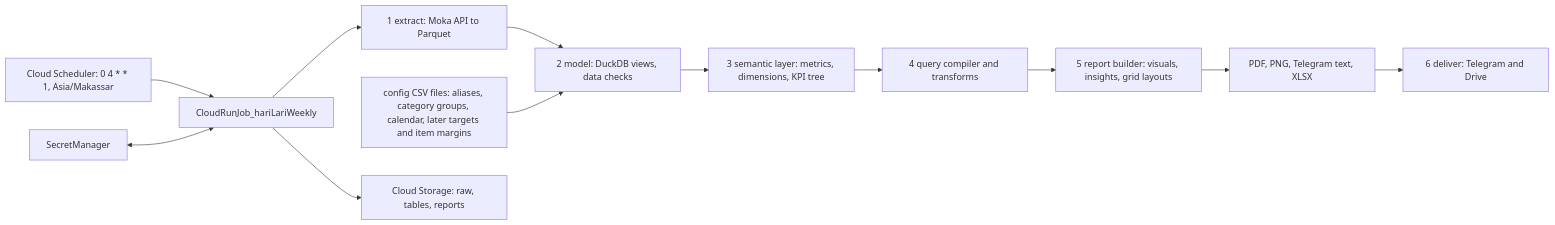
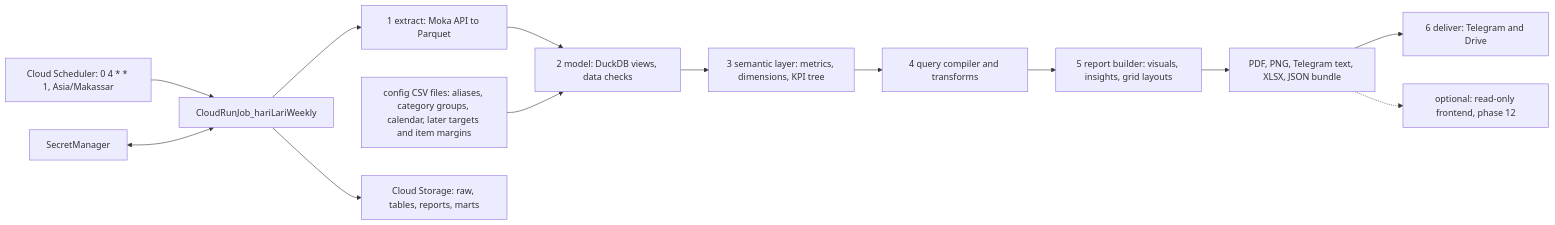
The diagram in docs/hari_lari_analytics_go-live_47a99005.plan.md (MortyTheMartian/hari-lari-analytics), drawn with Mermaid before and after one commit. The commit also changed other lines of this file and 19 other files, not shown here.

````diff
--- a/docs/hari_lari_analytics_go-live_47a99005.plan.md
+++ b/docs/hari_lari_analytics_go-live_47a99005.plan.md
@@ -78,14 +84,15 @@
 ```mermaid
 flowchart LR
   Scheduler["Cloud Scheduler: 0 4 * * 1, Asia/Makassar"] --> Job[CloudRunJob_hariLariWeekly]
   Job --> Extract["1 extract: Moka API to Parquet"]
   Extract --> Model["2 model: DuckDB views, data checks"]
   Seeds["config CSV files: aliases, category groups, calendar, later targets and item margins"] --> Model
   Model --> Semantic["3 semantic layer: metrics, dimensions, KPI tree"]
   Semantic --> Compiler["4 query compiler and transforms"]
   Compiler --> Report["5 report builder: visuals, insights, grid layouts"]
-  Report --> Outputs["PDF, PNG, Telegram text, XLSX"]
+  Report --> Outputs["PDF, PNG, Telegram text, XLSX, JSON bundle"]
   Outputs --> Deliver["6 deliver: Telegram and Drive"]
+  Outputs -.-> Frontend["optional: read-only frontend, phase 12"]
   Secrets[SecretManager] <--> Job
-  Job --> Bucket["Cloud Storage: raw, tables, reports"]
+  Job --> Bucket["Cloud Storage: raw, tables, reports, marts"]
 ```
````
